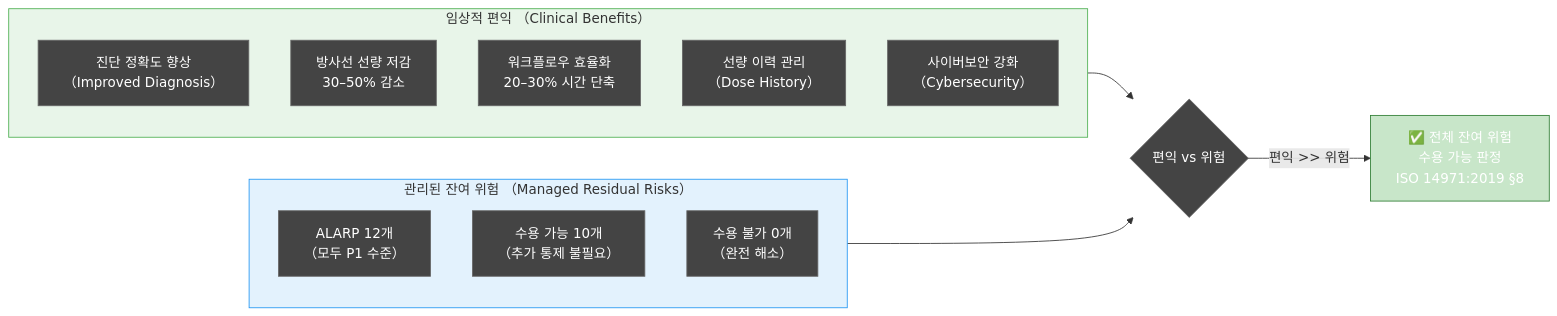
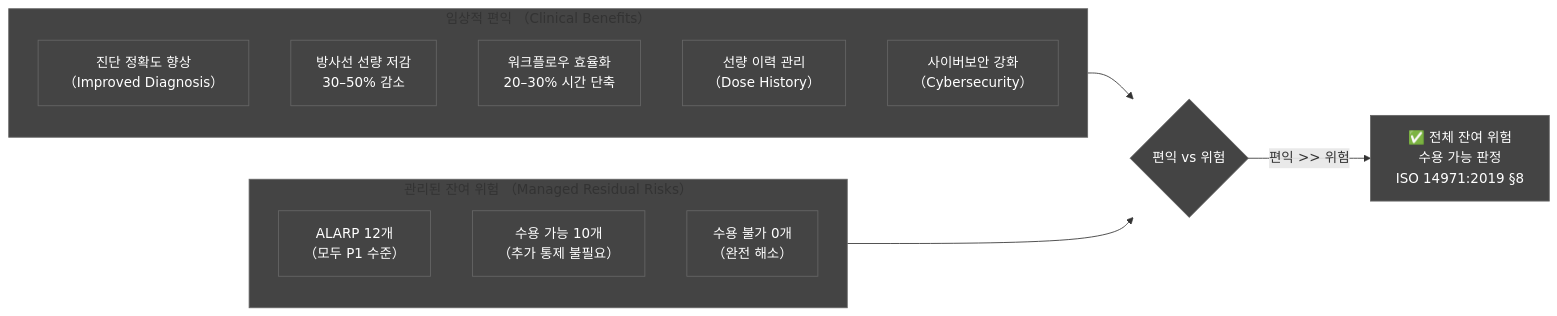
Before and after one commit to holee9/console-gui: the seventh of 9 diagrams in docs/risk/DOC-010_RMR_v1.0.md, drawn with Mermaid. The commit also changed other lines of this file and 35 other files, not shown here.

First line of the commit message:
fix: 전체 Mermaid 차트 색상 진한 회색 통일

````diff
--- a/docs/risk/DOC-010_RMR_v1.0.md
+++ b/docs/risk/DOC-010_RMR_v1.0.md
@@ -450,25 +450,25 @@
 ```mermaid
 flowchart LR
     classDef default fill:#444,stroke:#666,color:#fff
     subgraph B["임상적 편익 （Clinical Benefits）"]
         B1["진단 정확도 향상\n（Improved Diagnosis）"]
         B2["방사선 선량 저감\n30–50% 감소"]
         B3["워크플로우 효율화\n20–30% 시간 단축"]
         B4["선량 이력 관리\n（Dose History）"]
         B5["사이버보안 강화\n（Cybersecurity）"]
     end
 
     subgraph R["관리된 잔여 위험 （Managed Residual Risks）"]
         R1["ALARP 12개\n（모두 P1 수준）"]
         R2["수용 가능 10개\n（추가 통제 불필요）"]
         R3["수용 불가 0개\n（완전 해소）"]
     end
 
     B --> C{편익 vs 위험}
     R --> C
     C -->|편익 >> 위험| D["✅ 전체 잔여 위험\n수용 가능 판정\nISO 14971:2019 §8"]
 
-    style B fill:#e8f5e9,stroke:#4CAF50
-    style R fill:#e3f2fd,stroke:#2196F3
-    style D fill:#c8e6c9,stroke:#2e7d32
+    style B fill:#444,stroke:#666
+    style R fill:#444,stroke:#666
+    style D fill:#444,stroke:#666
 ```
````
